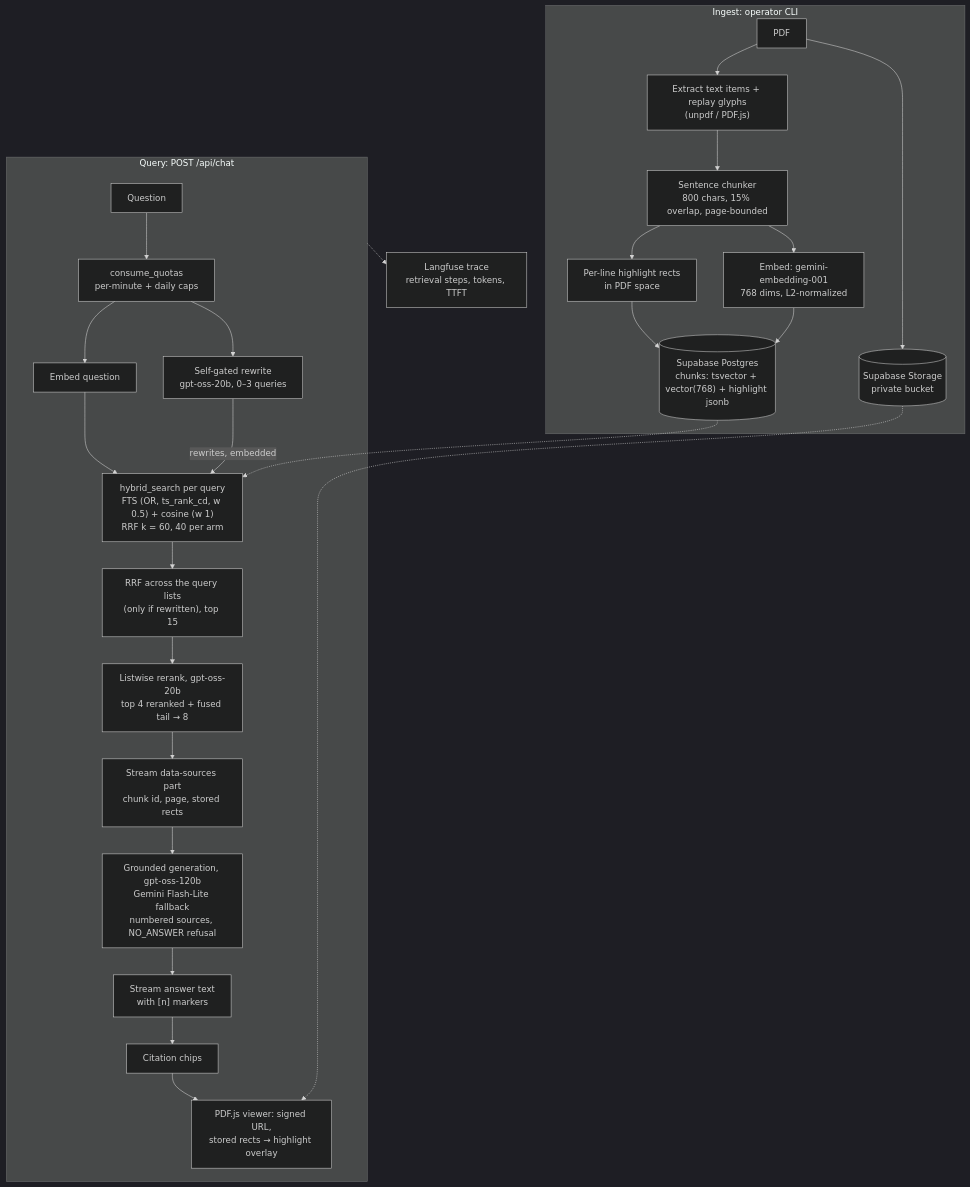
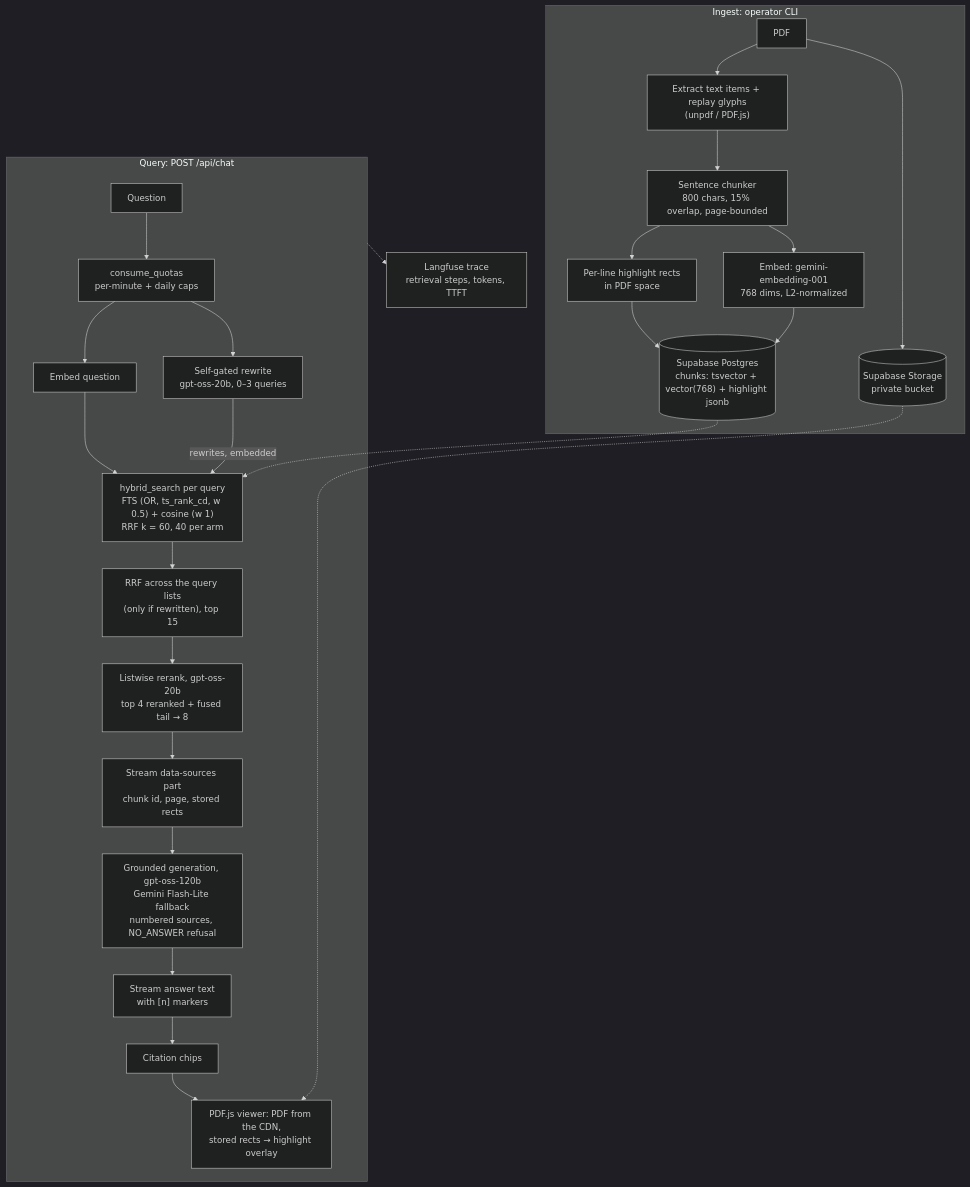
The diagram in README.md (elbay-malik/TruthBase), drawn with Mermaid (dark theme) before and after one commit. The commit also changed other lines of this file and 32 other files, not shown here.

````diff
--- a/README.md
+++ b/README.md
@@ -43,31 +43,31 @@
 ```mermaid
 flowchart TD
   subgraph Ingest["Ingest: operator CLI"]
     PDF["PDF"] --> EXT["Extract text items + replay glyphs<br/>(unpdf / PDF.js)"]
     EXT --> CHUNK["Sentence chunker<br/>800 chars, 15% overlap, page-bounded"]
     CHUNK --> RECTS["Per-line highlight rects<br/>in PDF space"]
     CHUNK --> EMB1["Embed: gemini-embedding-001<br/>768 dims, L2-normalized"]
     RECTS --> DB[("Supabase Postgres<br/>chunks: tsvector + vector(768) + highlight jsonb")]
     EMB1 --> DB
     PDF --> ST[("Supabase Storage<br/>private bucket")]
   end
 
   subgraph Query["Query: POST /api/chat"]
     Q["Question"] --> QUOTA["consume_quotas<br/>per-minute + daily caps"]
     QUOTA --> EMB2["Embed question"]
     QUOTA --> RW["Self-gated rewrite<br/>gpt-oss-20b, 0–3 queries"]
     EMB2 --> HS["hybrid_search per query<br/>FTS (OR, ts_rank_cd, w 0.5) + cosine (w 1)<br/>RRF k = 60, 40 per arm"]
     RW -->|"rewrites, embedded"| HS
     HS --> FUSE["RRF across the query lists<br/>(only if rewritten), top 15"]
     FUSE --> RR["Listwise rerank, gpt-oss-20b<br/>top 4 reranked + fused tail → 8"]
     RR --> SRC["Stream data-sources part<br/>chunk id, page, stored rects"]
     SRC --> GEN["Grounded generation, gpt-oss-120b<br/>Gemini Flash-Lite fallback<br/>numbered sources, NO_ANSWER refusal"]
     GEN --> TXT["Stream answer text<br/>with [n] markers"]
     TXT --> CHIP["Citation chips"]
-    CHIP --> VIEW["PDF.js viewer: signed URL,<br/>stored rects → highlight overlay"]
+    CHIP --> VIEW["PDF.js viewer: PDF from the CDN,<br/>stored rects → highlight overlay"]
   end
 
   DB -.-> HS
   ST -.-> VIEW
   Query -.-> LF["Langfuse trace<br/>retrieval steps, tokens, TTFT"]
 ```
````
